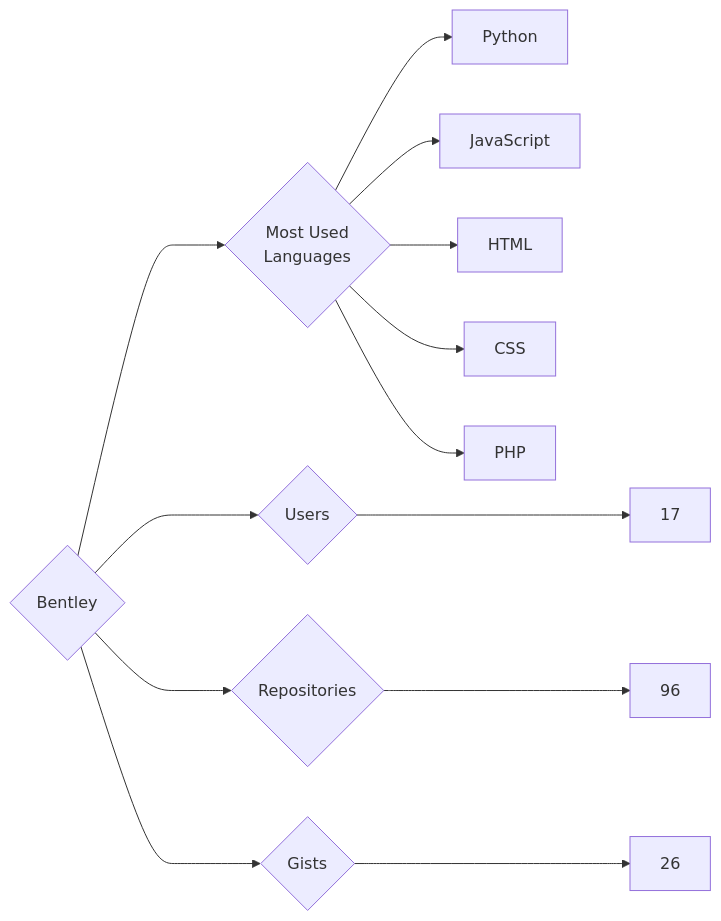
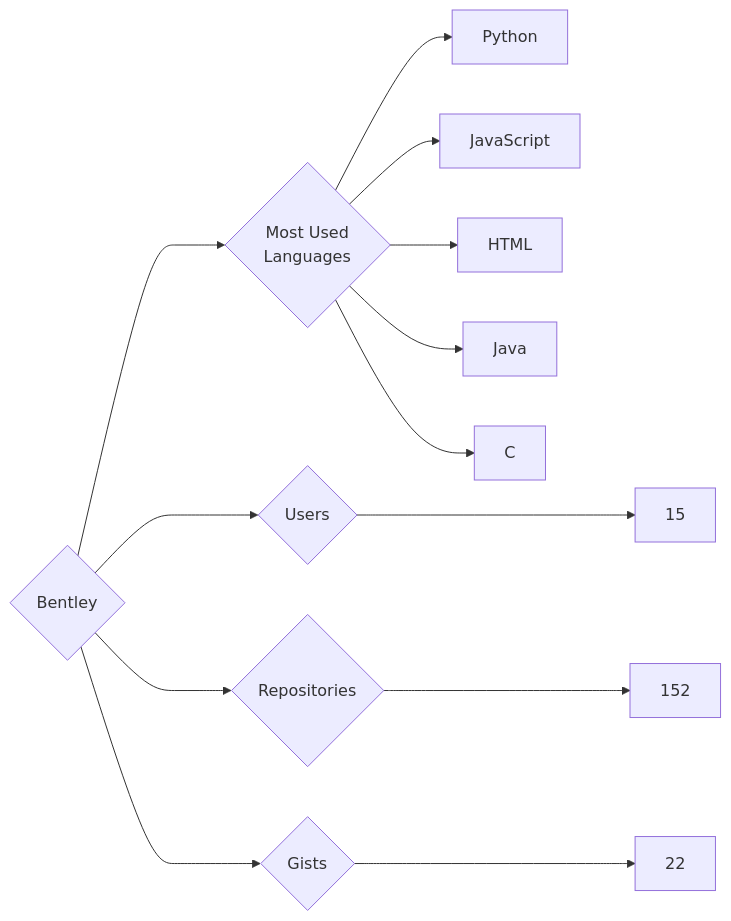
Before and after one commit to trickest/insiders: the diagram in targets/Bentley/README.md, drawn with Mermaid. The commit also changed 899 other files, not shown here.

````diff
--- a/targets/Bentley/README.md
+++ b/targets/Bentley/README.md
@@ -3,13 +3,13 @@
 ```mermaid
 graph LR
 COMPANY_NAME{Bentley}
-COMPANY_NAME ---> U{Users} ---> UN[17]
-COMPANY_NAME ---> R{Repositories} ---> RN[96]
-COMPANY_NAME ---> G{Gists} ---> GN[26]
+COMPANY_NAME ---> U{Users} ---> UN[15]
+COMPANY_NAME ---> R{Repositories} ---> RN[152]
+COMPANY_NAME ---> G{Gists} ---> GN[22]
 COMPANY_NAME ---> ML{Most Used<br>Languages}
 ML --> Python[Python]
 ML --> JavaScript[JavaScript]
 ML --> HTML[HTML]
-ML --> CSS[CSS]
-ML --> PHP[PHP]
+ML --> Java[Java]
+ML --> C[C]
 ```
````
